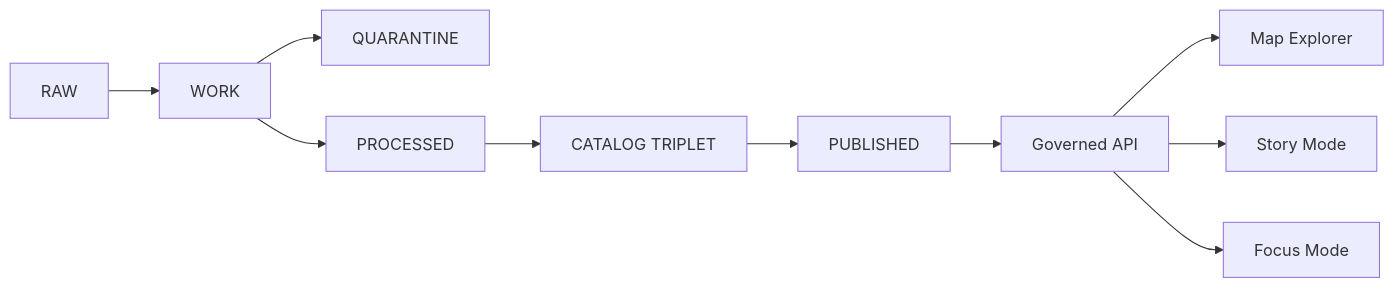
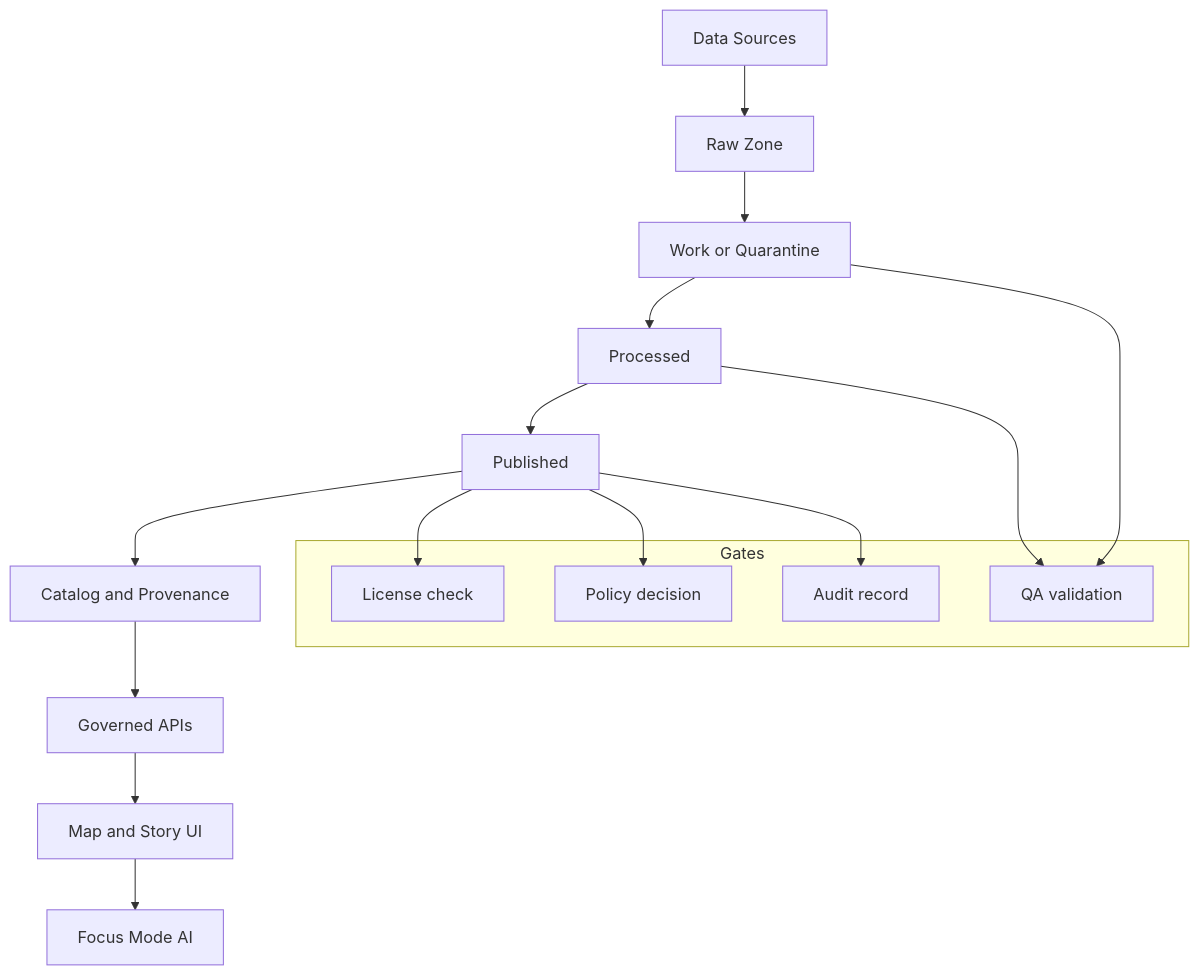
Before and after one commit to bartytime4life/Kansas-Frontier-Matrix: the diagram in docs/README.md, drawn with Mermaid. The commit also changed other lines of this file, not shown here.

````diff
--- a/docs/README.md
+++ b/docs/README.md
@@ -133,12 +125,24 @@
 ```mermaid
-flowchart LR
-  RAW[RAW] --> WORK[WORK]
-  WORK --> QUAR[QUARANTINE]
-  WORK --> PROC[PROCESSED]
-  PROC --> CAT[CATALOG TRIPLET]
-  CAT --> PUB[PUBLISHED]
-  PUB --> API[Governed API]
-  API --> MAP[Map Explorer]
-  API --> STORY[Story Mode]
-  API --> FOCUS[Focus Mode]
+graph TD
+  A[Data Sources] --> B[Raw Zone]
+  B --> C[Work or Quarantine]
+  C --> D[Processed]
+  D --> E[Published]
+  E --> F[Catalog and Provenance]
+  F --> G[Governed APIs]
+  G --> H[Map and Story UI]
+  H --> I[Focus Mode AI]
+
+  subgraph Gates
+    G1[License check]
+    G2[QA validation]
+    G3[Policy decision]
+    G4[Audit record]
+  end
+
+  C --> G2
+  D --> G2
+  E --> G1
+  E --> G3
+  E --> G4
 ```
````
